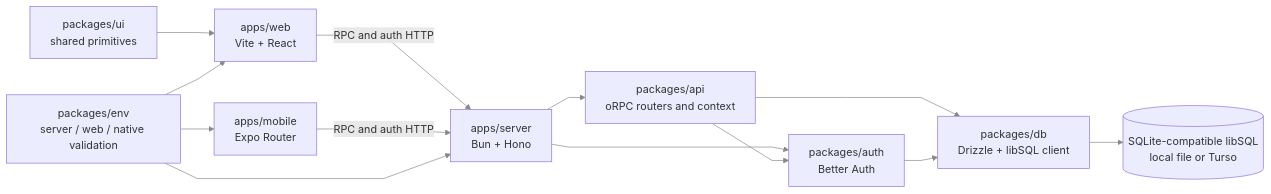
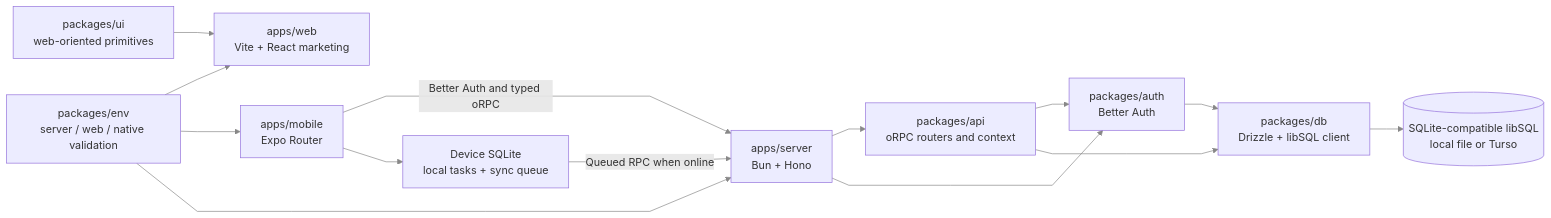
Before and after one commit to matheuseabra/fullstack-expo-app-template: the first of 3 diagrams in docs/ARCHITECTURE.md, drawn with Mermaid. The commit also changed other lines of this file and 9 other files, not shown here.

````diff
--- a/docs/ARCHITECTURE.md
+++ b/docs/ARCHITECTURE.md
@@ -7,17 +7,18 @@
 ```mermaid
 %%{init: {"flowchart": {"curve": "linear"}, "themeVariables": {"lineColor": "#888888"}}}%%
 flowchart LR
-    Web[apps/web\nVite + React] -->|RPC and auth HTTP| Server[apps/server\nBun + Hono]
-    Mobile[apps/mobile\nExpo Router] -->|RPC and auth HTTP| Server
+    Mobile[apps/mobile\nExpo Router] -->|Better Auth and typed oRPC| Server[apps/server\nBun + Hono]
+    Mobile --> Local[Device SQLite\nlocal tasks + sync queue]
+    Local -->|Queued RPC when online| Server
     Server --> API[packages/api\noRPC routers and context]
     Server --> Auth[packages/auth\nBetter Auth]
     API --> Auth
     API --> DB[packages/db\nDrizzle + libSQL client]
     Auth --> DB
     DB --> Store[(SQLite-compatible libSQL\nlocal file or Turso)]
-    UI[packages/ui\nshared primitives] --> Web
+    UI[packages/ui\nweb-oriented primitives] --> Web[apps/web\nVite + React marketing]
     Env[packages/env\nserver / web / native validation] --> Web
     Env --> Mobile
     Env --> Server
     linkStyle default stroke-width:1px,fill:none
 ```
````
